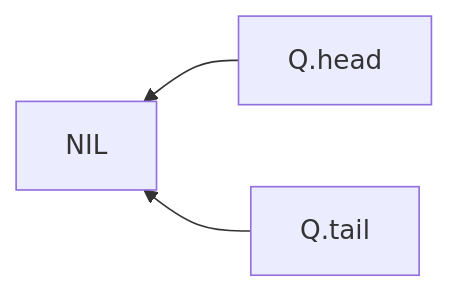
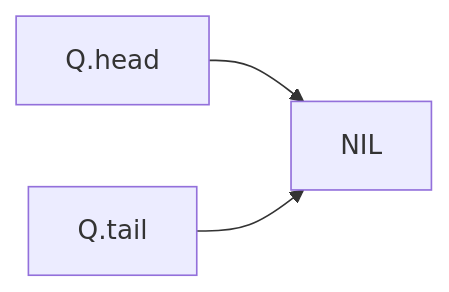
The second of 15 diagrams in Computer science/Data structures/Queue.md (Eurydia/notes-singularity), drawn with Mermaid before and after one commit. The commit also changed other lines of this file and 4 other files, not shown here.

````diff
--- a/Computer science/Data structures/Queue.md
+++ b/Computer science/Data structures/Queue.md
@@ -21,5 +27,5 @@
-	```mermaid
-	flowchart RL
+```mermaid
+flowchart LR
 	Q.head-->NIL
 	Q.tail-->NIL
-	```
+```
````
